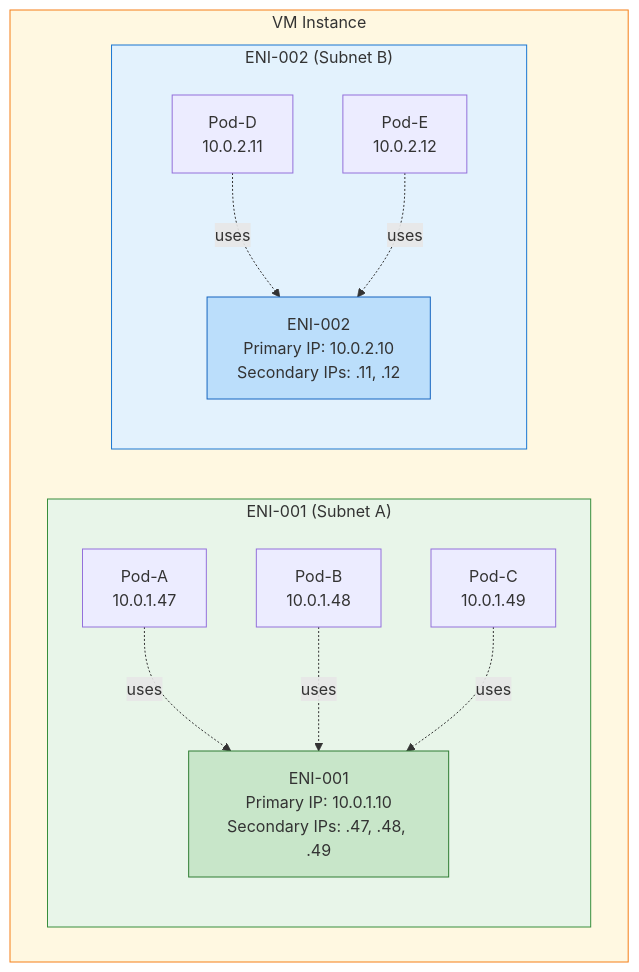
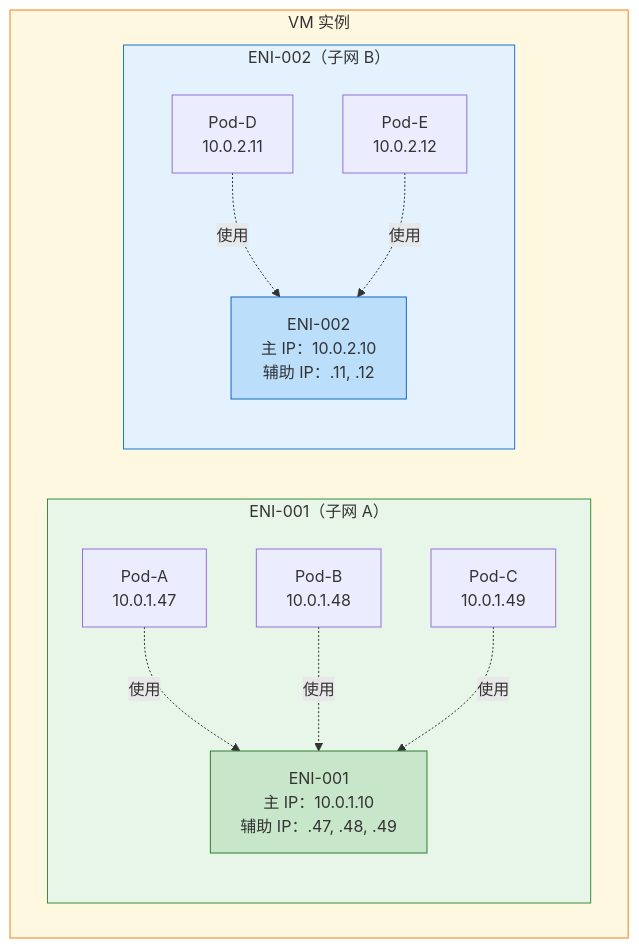
Before and after one commit to caozhiyi/network-book: the second of 6 diagrams in docs/12.容器加入VPC之Pod如何获得VPC_IP.md, drawn with Mermaid. The commit also changed other lines of this file and 77 other files, not shown here.

````diff
--- a/docs/12.容器加入VPC之Pod如何获得VPC_IP.md
+++ b/docs/12.容器加入VPC之Pod如何获得VPC_IP.md
@@ -115,29 +115,29 @@
 ```mermaid
 graph TB
-    subgraph VM["VM Instance"]
-        subgraph ENI1_GROUP["ENI-001 (Subnet A)"]
-            ENI1["ENI-001<br/>Primary IP: 10.0.1.10<br/>Secondary IPs: .47, .48, .49"]
+    subgraph VM["VM 实例"]
+        subgraph ENI1_GROUP["ENI-001（子网 A）"]
+            ENI1["ENI-001<br/>主 IP：10.0.1.10<br/>辅助 IP：.47, .48, .49"]
             PA["Pod-A<br/>10.0.1.47"]
             PB["Pod-B<br/>10.0.1.48"]
             PC["Pod-C<br/>10.0.1.49"]
         end
 
-        subgraph ENI2_GROUP["ENI-002 (Subnet B)"]
-            ENI2["ENI-002<br/>Primary IP: 10.0.2.10<br/>Secondary IPs: .11, .12"]
+        subgraph ENI2_GROUP["ENI-002（子网 B）"]
+            ENI2["ENI-002<br/>主 IP：10.0.2.10<br/>辅助 IP：.11, .12"]
             PD["Pod-D<br/>10.0.2.11"]
             PE["Pod-E<br/>10.0.2.12"]
         end
     end
 
-    PA -.->|"uses"| ENI1
-    PB -.->|"uses"| ENI1
-    PC -.->|"uses"| ENI1
-    PD -.->|"uses"| ENI2
-    PE -.->|"uses"| ENI2
+    PA -.->|"使用"| ENI1
+    PB -.->|"使用"| ENI1
+    PC -.->|"使用"| ENI1
+    PD -.->|"使用"| ENI2
+    PE -.->|"使用"| ENI2
 
     style VM fill:#fff8e1,stroke:#f57f17
     style ENI1_GROUP fill:#e8f5e9,stroke:#388e3c
     style ENI2_GROUP fill:#e3f2fd,stroke:#1976d2
     style ENI1 fill:#c8e6c9,stroke:#2e7d32
     style ENI2 fill:#bbdefb,stroke:#1565c0
 ```
````
